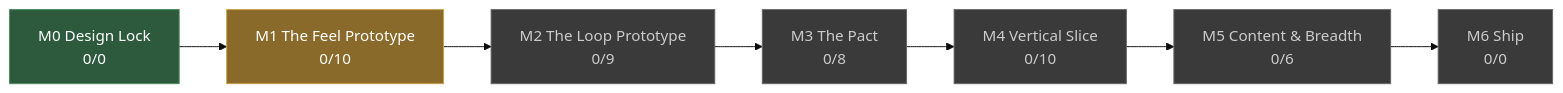
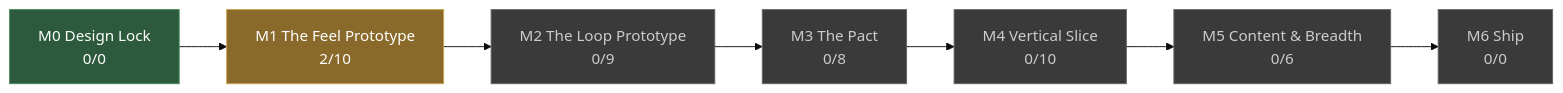
The diagram in docs/STATUS.md (JoshuaGessner/she), drawn with Mermaid (base theme) before and after one commit. The commit also changed other lines of this file and 36 other files, not shown here.

````diff
--- a/docs/STATUS.md
+++ b/docs/STATUS.md
@@ -13,19 +13,19 @@
 ```mermaid
 flowchart LR
   M0["M0 Design Lock<br/>0/0"]:::passed
-  M1["M1 The Feel Prototype<br/>0/10"]:::current
+  M1["M1 The Feel Prototype<br/>2/10"]:::current
   M0 --> M1
   M2["M2 The Loop Prototype<br/>0/9"]:::ahead
   M1 --> M2
   M3["M3 The Pact<br/>0/8"]:::ahead
   M2 --> M3
   M4["M4 Vertical Slice<br/>0/10"]:::ahead
   M3 --> M4
   M5["M5 Content & Breadth<br/>0/6"]:::ahead
   M4 --> M5
   M6["M6 Ship<br/>0/0"]:::ahead
   M5 --> M6
   classDef passed fill:#2d5a3d,stroke:#4a8a5f,color:#fff
   classDef current fill:#8a6a2a,stroke:#c8a04a,color:#fff
   classDef ahead fill:#3a3a3a,stroke:#666,color:#ccc
 ```
````
